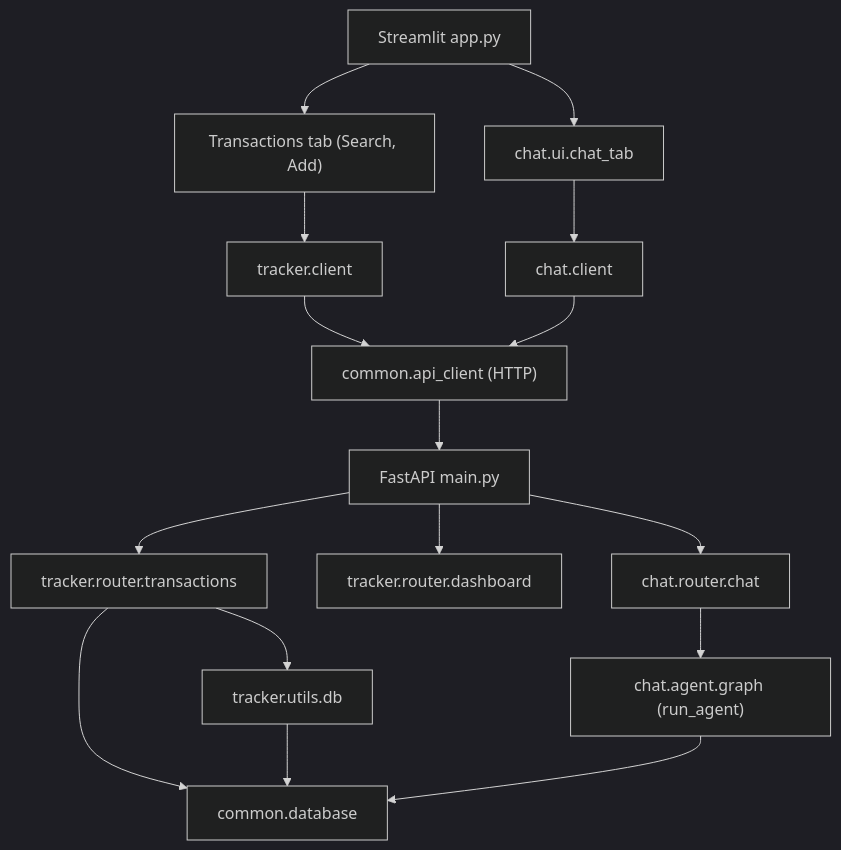
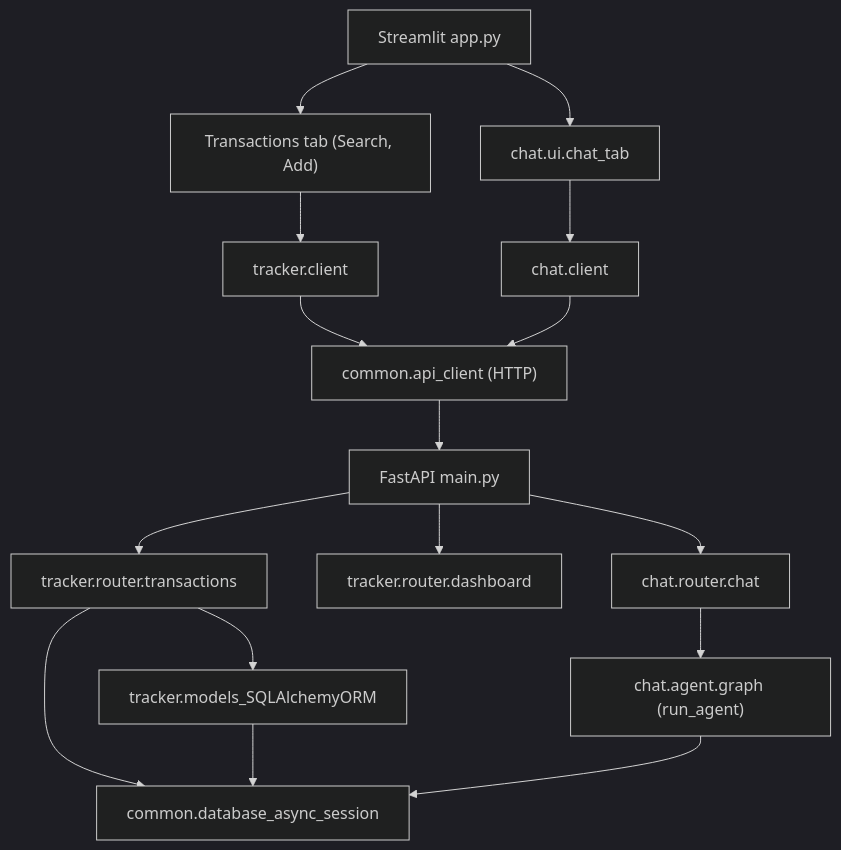
Before and after one commit to reddybharat/parsel: the diagram in ARCHITECTURE.md, drawn with Mermaid (dark theme). The commit also changed other lines of this file and 13 other files, not shown here.

Commit message:
Update all APIs to async using SQLalchemy

````diff
--- a/ARCHITECTURE.md
+++ b/ARCHITECTURE.md
@@ -72,18 +72,18 @@
 ```mermaid
 flowchart TD
   streamlitApp["Streamlit app.py"] --> trackerUI["Transactions tab (Search, Add)"]
   streamlitApp --> chatUI["chat.ui.chat_tab"]
   trackerUI --> trackerClient["tracker.client"]
   chatUI --> chatClient["chat.client"]
   trackerClient --> apiClient["common.api_client (HTTP)"]
   chatClient --> apiClient
   apiClient --> mainApp["FastAPI main.py"]
   mainApp --> trackerRouter["tracker.router.transactions"]
   mainApp --> dashboardRouter["tracker.router.dashboard"]
   mainApp --> chatRouter["chat.router.chat"]
-  trackerRouter --> commonDB["common.database"]
-  trackerRouter --> trackerDb["tracker.utils.db"]
-  trackerDb --> commonDB
+  trackerRouter --> commonDB["common.database_async_session"]
+  trackerRouter --> trackerModels["tracker.models_SQLAlchemyORM"]
+  trackerModels --> commonDB
   chatRouter --> chatAgent["chat.agent.graph (run_agent)"]
   chatAgent --> commonDB
 ```
````
